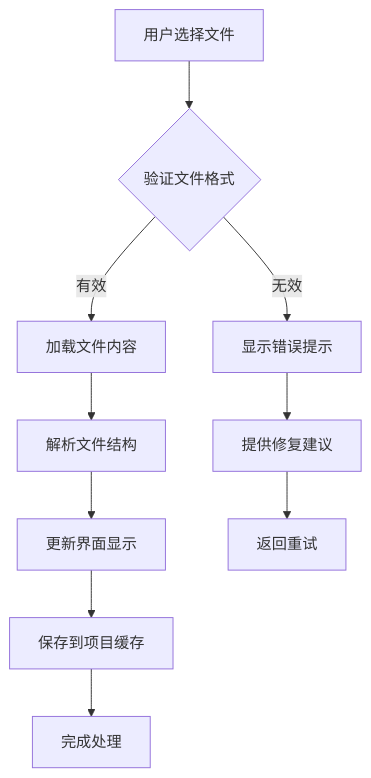
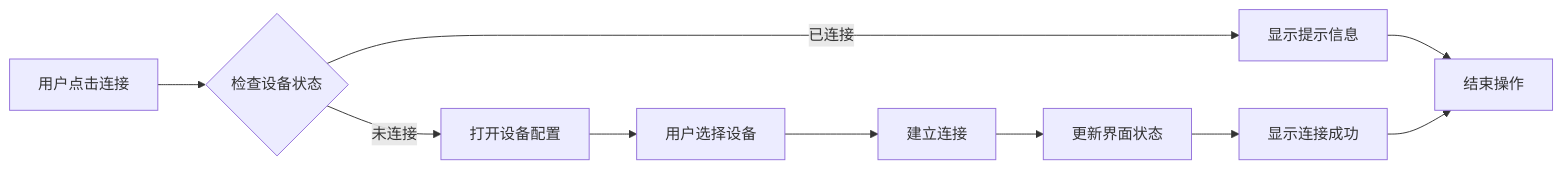
The sixth of 7 diagrams in .qoder/repowiki/zh/content/核心模块详解/主窗口组件.md (jakecai1225-design/OpenBus), drawn with Mermaid before and after one commit. The commit also changed other lines of this file and 16 other files, not shown here.

````diff
--- a/.qoder/repowiki/zh/content/核心模块详解/主窗口组件.md
+++ b/.qoder/repowiki/zh/content/核心模块详解/主窗口组件.md
@@ -375,12 +390,12 @@
 ```mermaid
-flowchart TD
-A[用户选择文件] --> B{验证文件格式}
-B --> |有效| C[加载文件内容]
-B --> |无效| D[显示错误提示]
-C --> E[解析文件结构]
-E --> F[更新界面显示]
-F --> G[保存到项目缓存]
-G --> H[完成处理]
-D --> I[提供修复建议]
-I --> J[返回重试]
+flowchart LR
+A[用户点击连接] --> B{检查设备状态}
+B --> |已连接| C[显示提示信息]
+B --> |未连接| D[打开设备配置]
+D --> E[用户选择设备]
+E --> F[建立连接]
+F --> G[更新界面状态]
+G --> H[显示连接成功]
+C --> I[结束操作]
+H --> I
 ```
````
